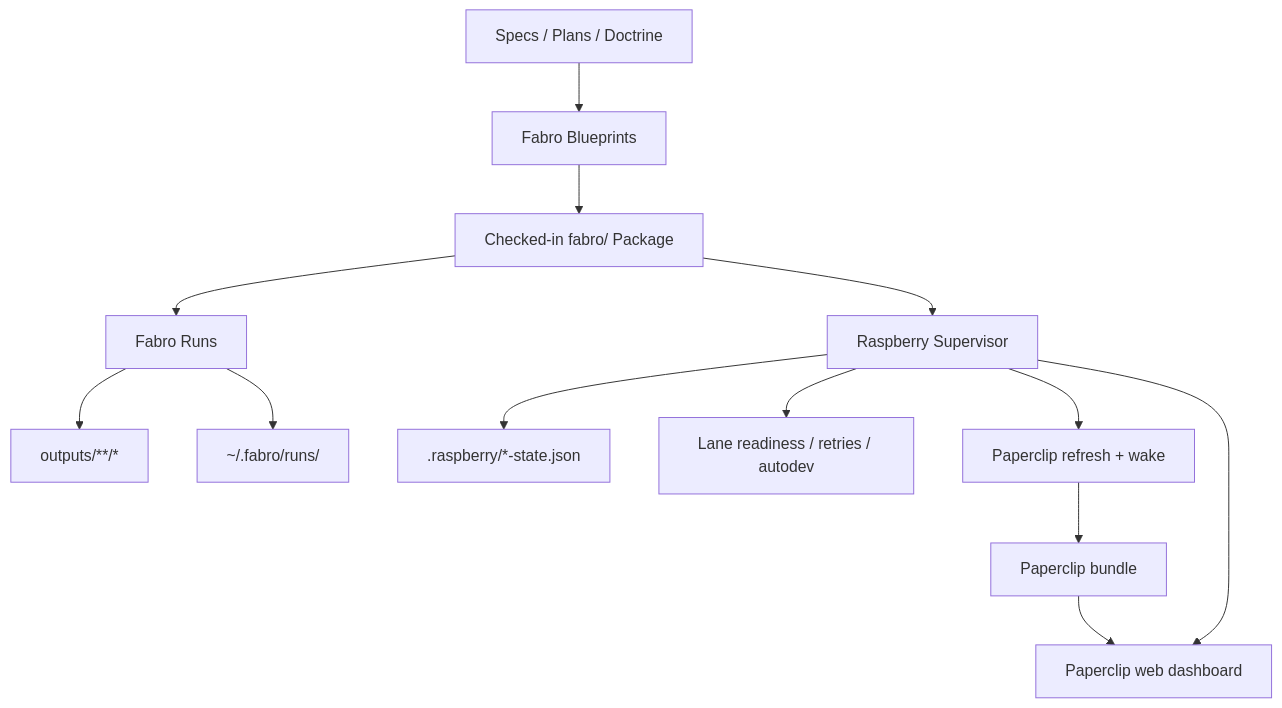
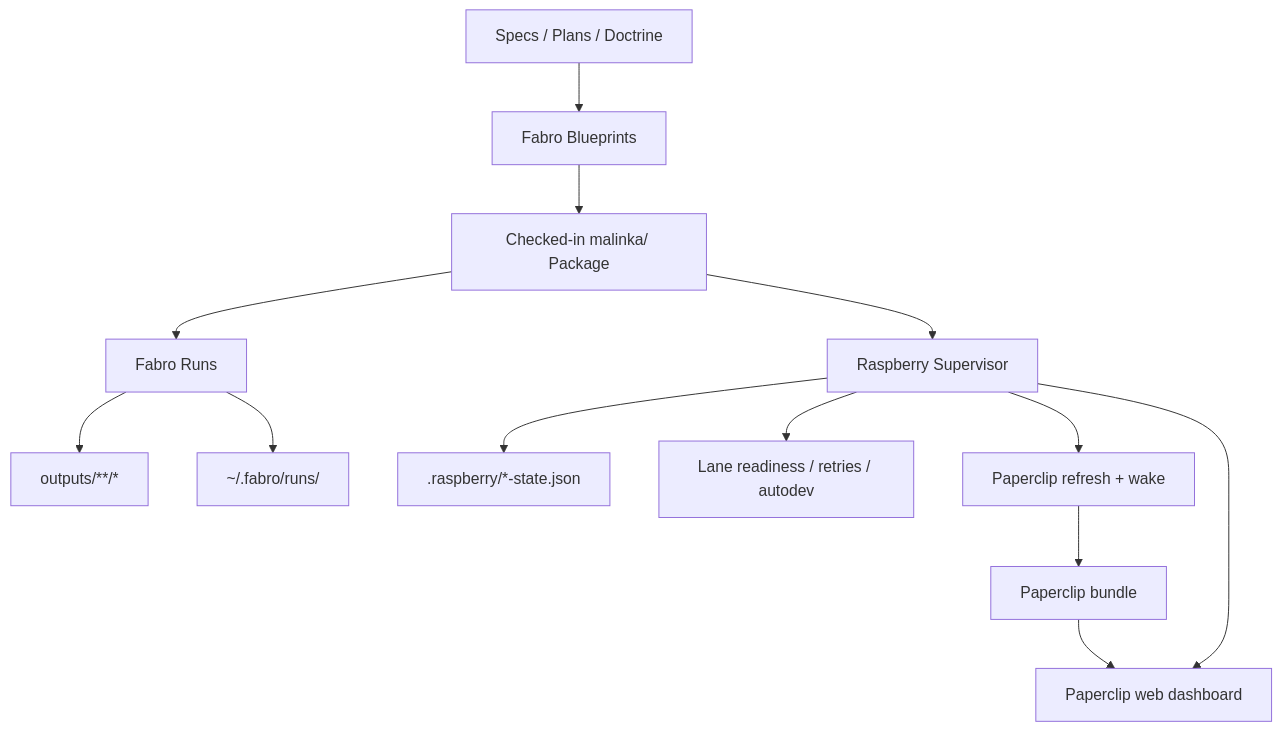
One commit to happybigmtn/raspberry changed the first of 2 diagrams in README.md. Above: the diagram before and after it, drawn with Mermaid. The commit also changed other lines of this file and 245 other files, not shown here.

````diff
--- a/README.md
+++ b/README.md
@@ -105,15 +107,15 @@
 ```mermaid
 flowchart TD
     A[Specs / Plans / Doctrine] --> B[Fabro Blueprints]
-    B --> C[Checked-in fabro/ Package]
+    B --> C[Checked-in malinka/ Package]
     C --> D[Fabro Runs]
     C --> E[Raspberry Supervisor]
     D --> F[outputs/**/*]
     D --> G[~/.fabro/runs/<run-id>]
     E --> H[.raspberry/*-state.json]
     E --> I[Lane readiness / retries / autodev]
     E --> J[Paperclip refresh + wake]
     J --> K[Paperclip bundle]
     K --> L[Paperclip web dashboard]
     E --> L
 ```
````
